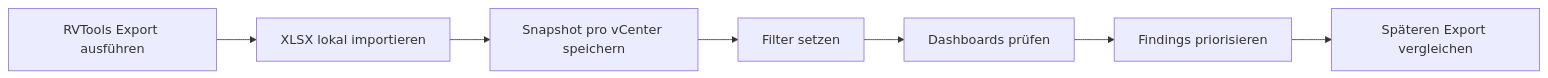
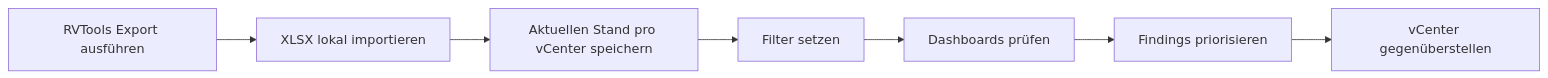
Before and after one commit to spiral023/rvtools-analyzer: the first of 2 diagrams in README.md, drawn with Mermaid. The commit also changed other lines of this file and 13 other files, not shown here.

````diff
--- a/README.md
+++ b/README.md
@@ -54,9 +54,9 @@
 ```mermaid
 flowchart LR
   A[RVTools Export ausführen] --> B[XLSX lokal importieren]
-  B --> C[Snapshot pro vCenter speichern]
+  B --> C[Aktuellen Stand pro vCenter speichern]
   C --> D[Filter setzen]
   D --> E[Dashboards prüfen]
   E --> F[Findings priorisieren]
-  F --> G[Späteren Export vergleichen]
+  F --> G[vCenter gegenüberstellen]
 ```
````
